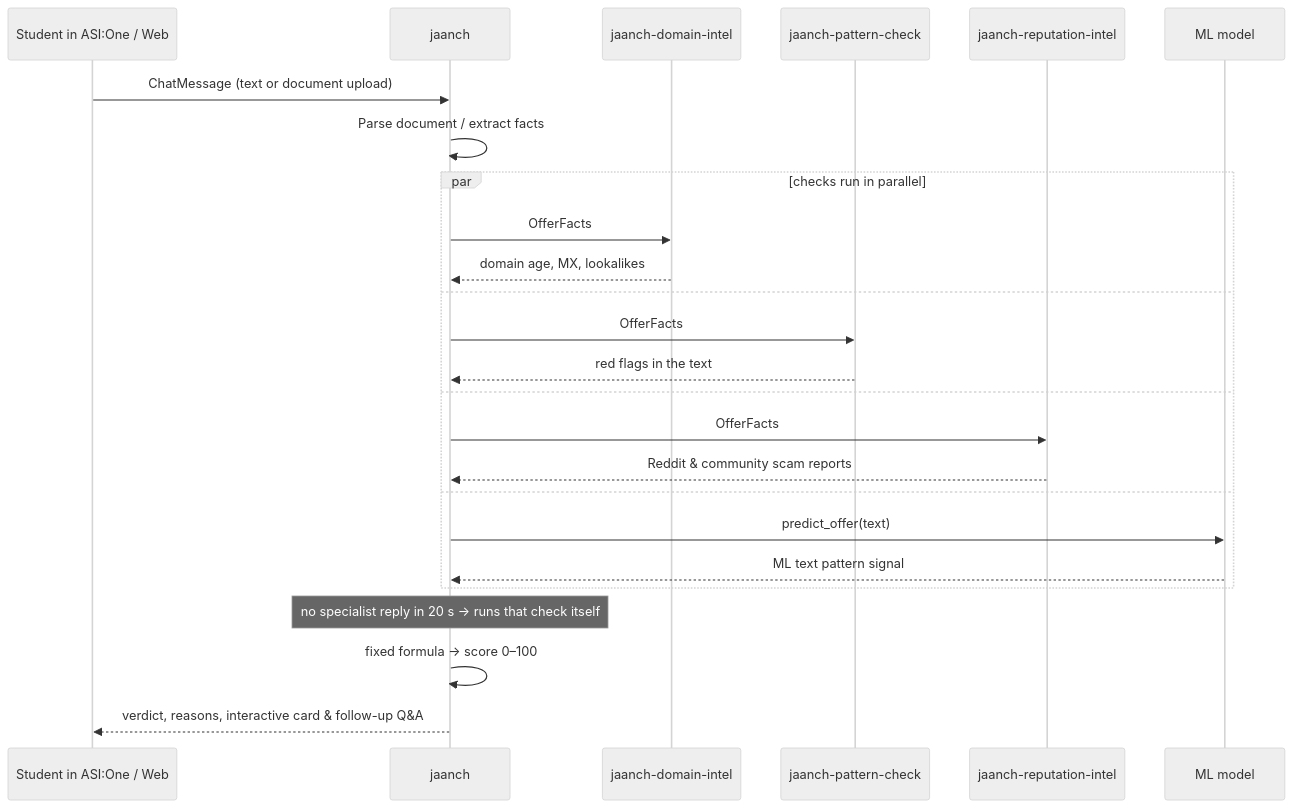
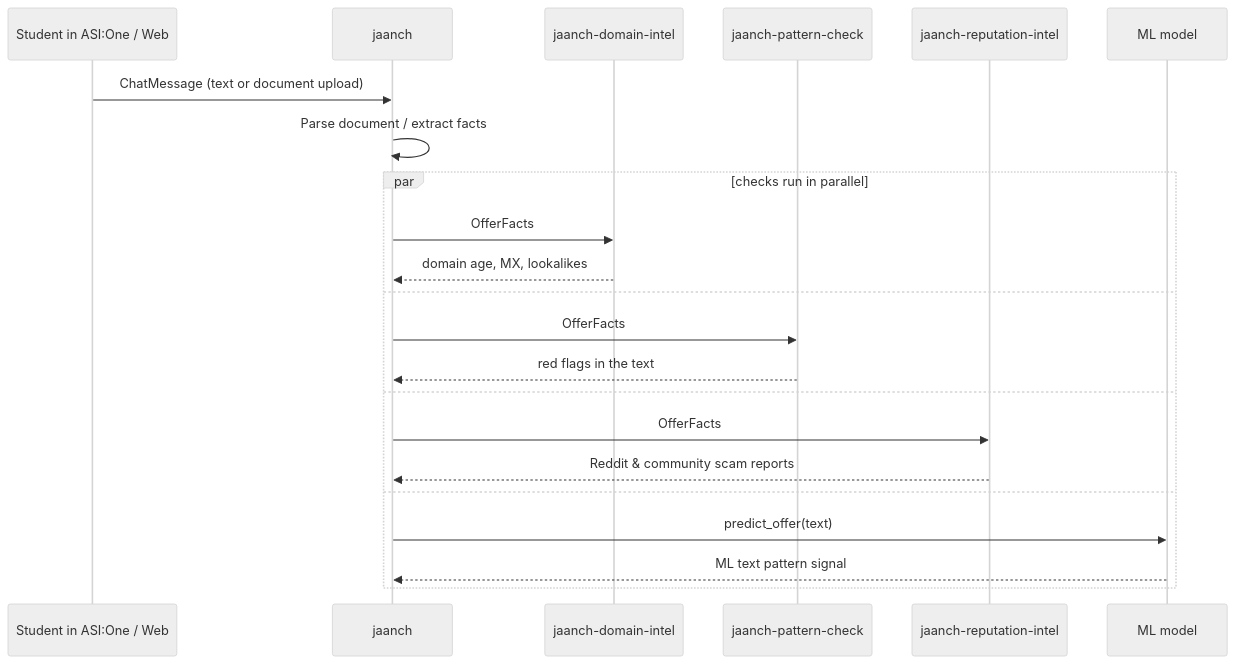
One commit to abhishekgoswami0720/jaanch changed the third of 3 diagrams in README.md. Above: the diagram before and after it, drawn with Mermaid (neutral theme). The commit also changed other lines of this file, not shown here.

````diff
--- a/README.md
+++ b/README.md
@@ -194,27 +194,24 @@
 ```mermaid
 sequenceDiagram
     participant U as Student in ASI:One / Web
     participant J as jaanch
     participant D as jaanch-domain-intel
     participant P as jaanch-pattern-check
     participant R as jaanch-reputation-intel
     participant M as ML model
     U->>J: ChatMessage (text or document upload)
     J->>J: Parse document / extract facts
     par checks run in parallel
         J->>D: OfferFacts
         D-->>J: domain age, MX, lookalikes
     and
         J->>P: OfferFacts
         P-->>J: red flags in the text
     and
         J->>R: OfferFacts
         R-->>J: Reddit & community scam reports
     and
         J->>M: predict_offer(text)
         M-->>J: ML text pattern signal
     end
-    Note over J: no specialist reply in 20 s → runs that check itself
-    J->>J: fixed formula → score 0–100
-    J-->>U: verdict, reasons, interactive card & follow-up Q&A
 ```
````
